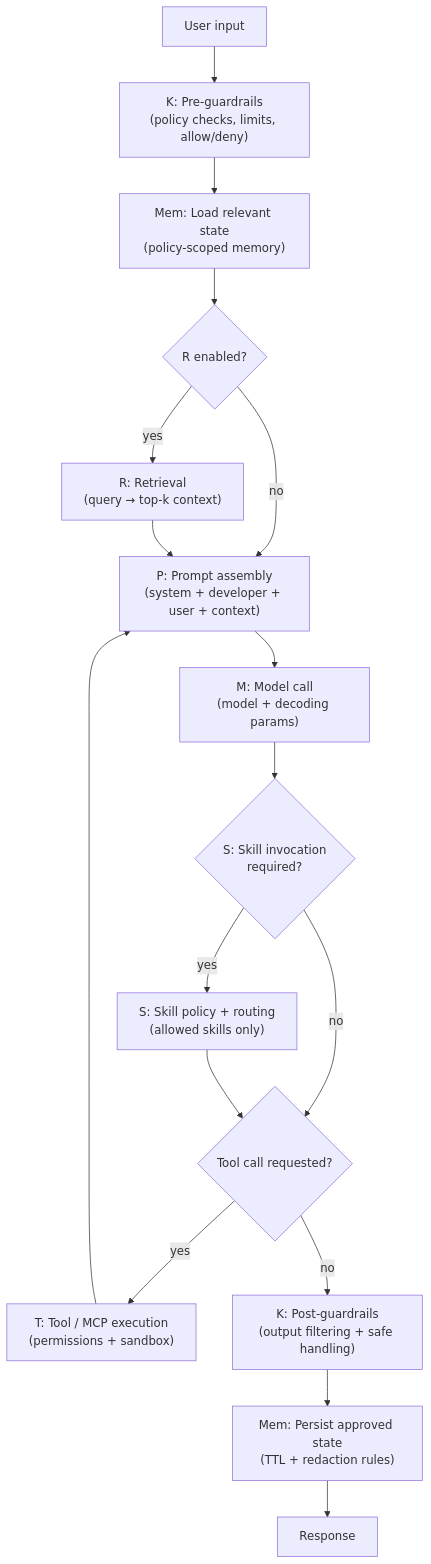
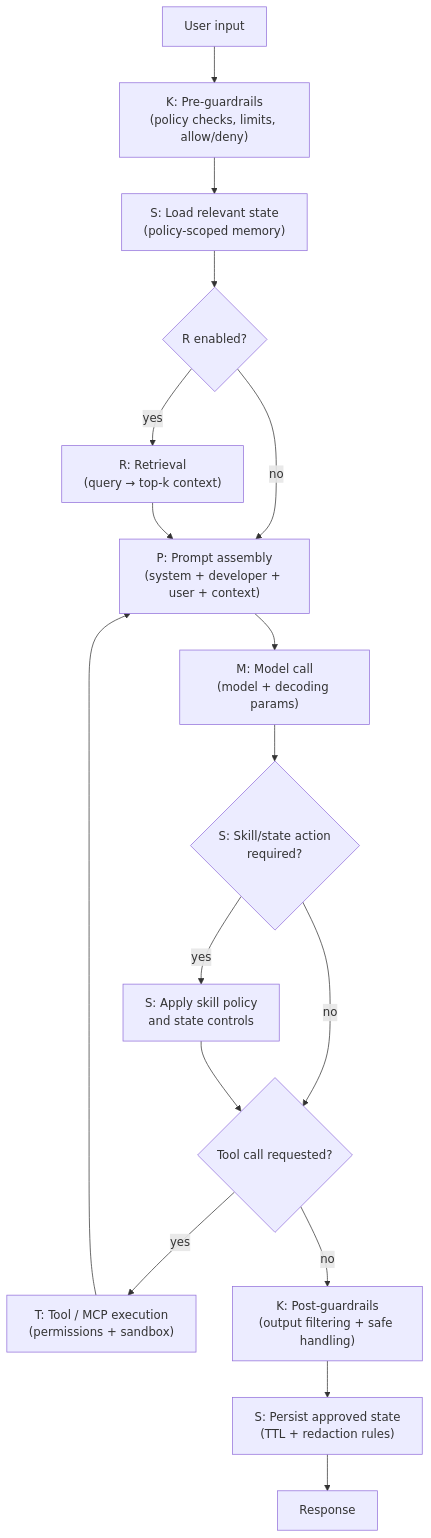
Before and after one commit to SAISec/AASU: the second of 9 diagrams in AASU_White_Paper_Consolidated_v2_2.md, drawn with Mermaid. The commit also changed other lines of this file and 16 other files, not shown here.

````diff
--- a/AASU_White_Paper_Consolidated_v2_2.md
+++ b/AASU_White_Paper_Consolidated_v2_2.md
@@ -106,23 +102,23 @@
 ```mermaid
 flowchart TB
   IN["User input"] --> PRE["K: Pre-guardrails<br/>(policy checks, limits, allow/deny)"]
-  PRE --> MEMR["Mem: Load relevant state<br/>(policy-scoped memory)"]
-  MEMR --> RET{"R enabled?"}
+  PRE --> SLOAD["S: Load relevant state<br/>(policy-scoped memory)"]
+  SLOAD --> RET{"R enabled?"}
 
   RET -->|yes| RAG["R: Retrieval<br/>(query → top-k context)"]
   RET -->|no| ASSEMBLE["P: Prompt assembly<br/>(system + developer + user + context)"]
   RAG --> ASSEMBLE
 
   ASSEMBLE --> CALL["M: Model call<br/>(model + decoding params)"]
-  CALL --> SKILL{"S: Skill invocation<br/>required?"}
-  SKILL -->|yes| SPOL["S: Skill policy + routing<br/>(allowed skills only)"]
-  SKILL -->|no| TOOL{"Tool call requested?"}
+  CALL --> SACT{"S: Skill/state action<br/>required?"}
+  SACT -->|yes| SPOL["S: Apply skill policy<br/>and state controls"]
+  SACT -->|no| TOOL{"Tool call requested?"}
   SPOL --> TOOL
 
   TOOL -->|yes| EXEC["T: Tool / MCP execution<br/>(permissions + sandbox)"]
   EXEC --> ASSEMBLE
 
   TOOL -->|no| POST["K: Post-guardrails<br/>(output filtering + safe handling)"]
-  POST --> MEMW["Mem: Persist approved state<br/>(TTL + redaction rules)"]
-  MEMW --> OUT["Response"]
+  POST --> SSAVE["S: Persist approved state<br/>(TTL + redaction rules)"]
+  SSAVE --> OUT["Response"]
 ```
````
